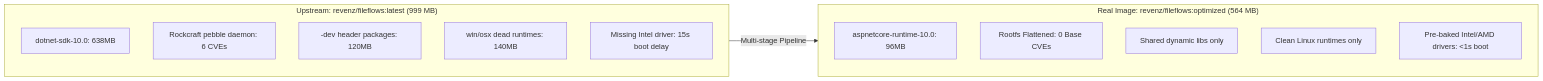
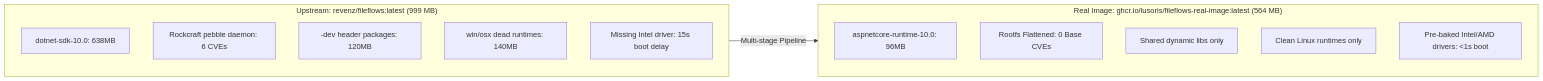
One commit to lusoris/fileflows-real-image changed the diagram in docs/index.md. Above: the diagram before and after it, drawn with Mermaid. The commit also changed other lines of this file and 9 other files, not shown here.

Commit message:
fix(image): replace incorrect upstream author tags with official ghcr.io/lusoris/fileflows-real-image:latest

````diff
--- a/docs/index.md
+++ b/docs/index.md
@@ -22,20 +22,20 @@
 ```mermaid
 flowchart LR
     subgraph Upstream["Upstream: revenz/fileflows:latest (999 MB)"]
         A[dotnet-sdk-10.0: 638MB]
         B[Rockcraft pebble daemon: 6 CVEs]
         C[-dev header packages: 120MB]
         D[win/osx dead runtimes: 140MB]
         E[Missing Intel driver: 15s boot delay]
     end
 
-    subgraph RealImage["Real Image: revenz/fileflows:optimized (564 MB)"]
+    subgraph RealImage["Real Image: ghcr.io/lusoris/fileflows-real-image:latest (564 MB)"]
         F[aspnetcore-runtime-10.0: 96MB]
         G[Rootfs Flattened: 0 Base CVEs]
         H[Shared dynamic libs only]
         I[Clean Linux runtimes only]
         J[Pre-baked Intel/AMD drivers: <1s boot]
     end
 
     Upstream -->|Multi-stage Pipeline| RealImage
 ```
````
